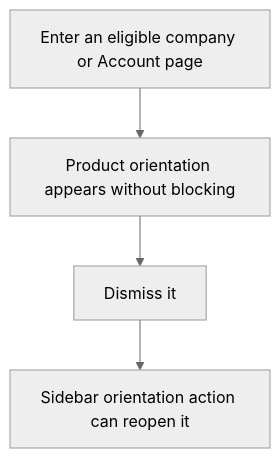
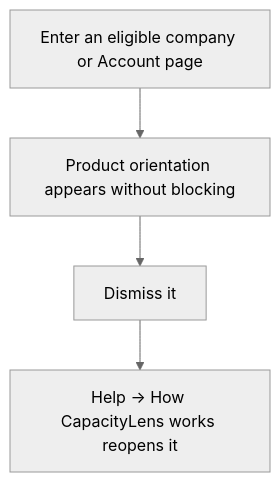
The first of 2 diagrams in user-stories/navigation/US-NAV-12-product-orientation.md (Kevinjohn/capacitylens), drawn with Mermaid (neutral theme) before and after one commit. The commit also changed other lines of this file and 35 other files, not shown here.

````diff
--- a/user-stories/navigation/US-NAV-12-product-orientation.md
+++ b/user-stories/navigation/US-NAV-12-product-orientation.md
@@ -21,10 +21,10 @@
 ```mermaid
 flowchart TD
   human1["Enter an eligible company or Account page"]
   human2["Product orientation appears without blocking"]
   human3["Dismiss it"]
-  human4["Sidebar orientation action can reopen it"]
+  human4["Help → How CapacityLens works reopens it"]
   human1 --> human2
   human2 --> human3
   human3 --> human4
 ```
````
